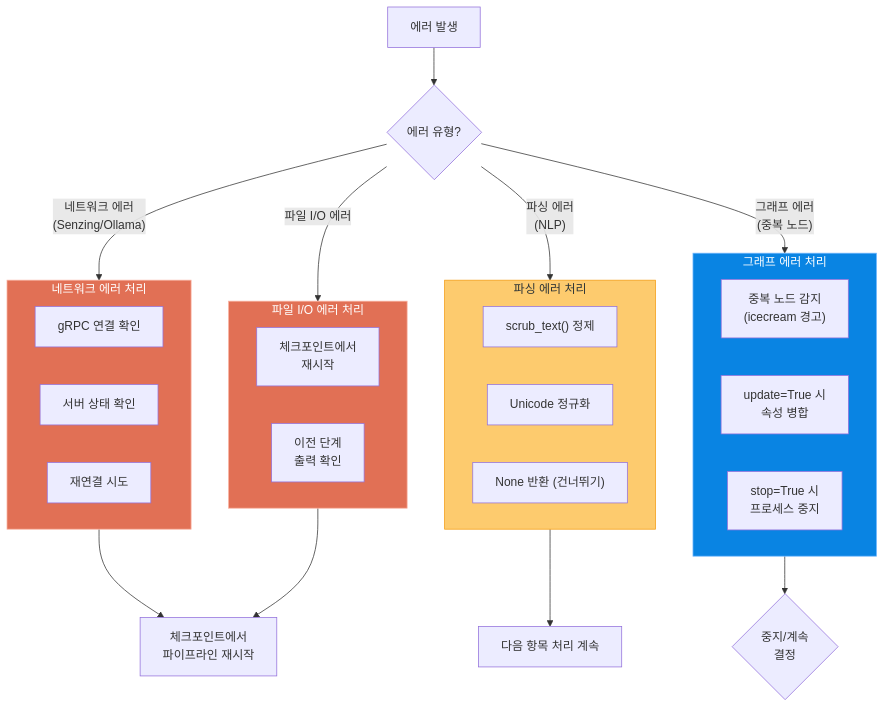
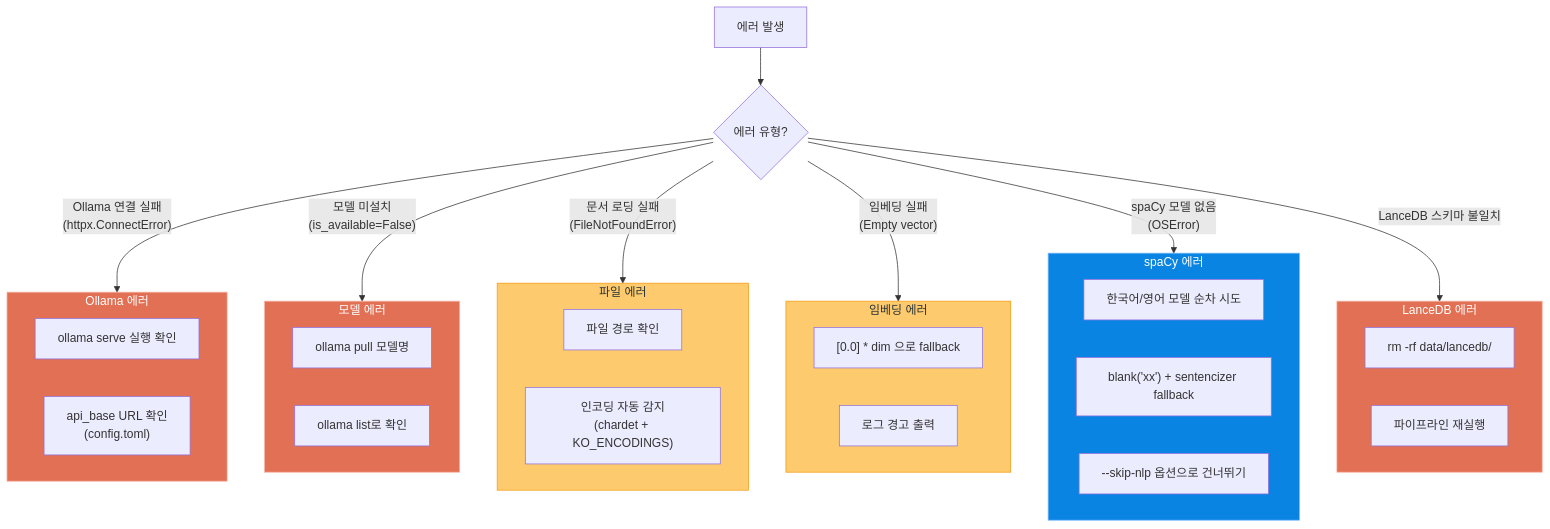
The tenth of 11 diagrams in docs/03_user_and_data_workflow.md (laurus-kpa007/GraphRAG-Senzing), drawn with Mermaid before and after one commit. The commit also changed other lines of this file and 4 other files, not shown here.

````diff
--- a/docs/03_user_and_data_workflow.md
+++ b/docs/03_user_and_data_workflow.md
@@ -614,44 +432,51 @@
 ```mermaid
 flowchart TD
     ERROR["에러 발생"]
 
     ERROR --> CHECK_TYPE{"에러 유형?"}
 
-    CHECK_TYPE -->|"네트워크 에러\n(Senzing/Ollama)"| NET_ERR
-    CHECK_TYPE -->|"파싱 에러\n(NLP)"| PARSE_ERR
-    CHECK_TYPE -->|"그래프 에러\n(중복 노드)"| GRAPH_ERR
-    CHECK_TYPE -->|"파일 I/O 에러"| IO_ERR
+    CHECK_TYPE -->|"Ollama 연결 실패\n(httpx.ConnectError)"| OLLAMA_ERR
+    CHECK_TYPE -->|"모델 미설치\n(is_available=False)"| MODEL_ERR
+    CHECK_TYPE -->|"문서 로딩 실패\n(FileNotFoundError)"| FILE_ERR
+    CHECK_TYPE -->|"임베딩 실패\n(Empty vector)"| EMBED_ERR
+    CHECK_TYPE -->|"spaCy 모델 없음\n(OSError)"| SPACY_ERR
+    CHECK_TYPE -->|"LanceDB 스키마 불일치"| LANCE_ERR
 
-    subgraph NET_ERR["네트워크 에러 처리"]
-        NET1["gRPC 연결 확인"]
-        NET2["서버 상태 확인"]
-        NET3["재연결 시도"]
+    subgraph OLLAMA_ERR["Ollama 에러"]
+        O1["ollama serve 실행 확인"]
+        O2["api_base URL 확인\n(config.toml)"]
     end
 
-    subgraph PARSE_ERR["파싱 에러 처리"]
-        PARSE1["scrub_text() 정제"]
-        PARSE2["Unicode 정규화"]
-        PARSE3["None 반환 (건너뛰기)"]
+    subgraph MODEL_ERR["모델 에러"]
+        M1["ollama pull 모델명"]
+        M2["ollama list로 확인"]
     end
 
-    subgraph GRAPH_ERR["그래프 에러 처리"]
-        GRAPH1["중복 노드 감지\n(icecream 경고)"]
-        GRAPH2["update=True 시\n속성 병합"]
-        GRAPH3["stop=True 시\n프로세스 중지"]
+    subgraph FILE_ERR["파일 에러"]
+        F1["파일 경로 확인"]
+        F2["인코딩 자동 감지\n(chardet + KO_ENCODINGS)"]
     end
 
-    subgraph IO_ERR["파일 I/O 에러 처리"]
-        IO1["체크포인트에서\n재시작"]
-        IO2["이전 단계\n출력 확인"]
+    subgraph EMBED_ERR["임베딩 에러"]
+        E1["[0.0] * dim 으로 fallback"]
+        E2["로그 경고 출력"]
     end
 
-    NET_ERR --> RETRY["체크포인트에서\n파이프라인 재시작"]
-    PARSE_ERR --> CONTINUE["다음 항목 처리 계속"]
-    GRAPH_ERR --> DECIDE{"중지/계속\n결정"}
-    IO_ERR --> RETRY
+    subgraph SPACY_ERR["spaCy 에러"]
+        S1["한국어/영어 모델 순차 시도"]
+        S2["blank('xx') + sentencizer fallback"]
+        S3["--skip-nlp 옵션으로 건너뛰기"]
+    end
 
-    style NET_ERR fill:#e17055,stroke:#fab1a0,color:#fff
-    style PARSE_ERR fill:#fdcb6e,stroke:#f39c12,color:#2d3436
-    style GRAPH_ERR fill:#0984e3,stroke:#74b9ff,color:#fff
-    style IO_ERR fill:#e17055,stroke:#fab1a0,color:#fff
+    subgraph LANCE_ERR["LanceDB 에러"]
+        L1["rm -rf data/lancedb/"]
+        L2["파이프라인 재실행"]
+    end
+
+    style OLLAMA_ERR fill:#e17055,stroke:#fab1a0,color:#fff
+    style MODEL_ERR fill:#e17055,stroke:#fab1a0,color:#fff
+    style FILE_ERR fill:#fdcb6e,stroke:#f39c12,color:#2d3436
+    style EMBED_ERR fill:#fdcb6e,stroke:#f39c12,color:#2d3436
+    style SPACY_ERR fill:#0984e3,stroke:#74b9ff,color:#fff
+    style LANCE_ERR fill:#e17055,stroke:#fab1a0,color:#fff
 ```
````
